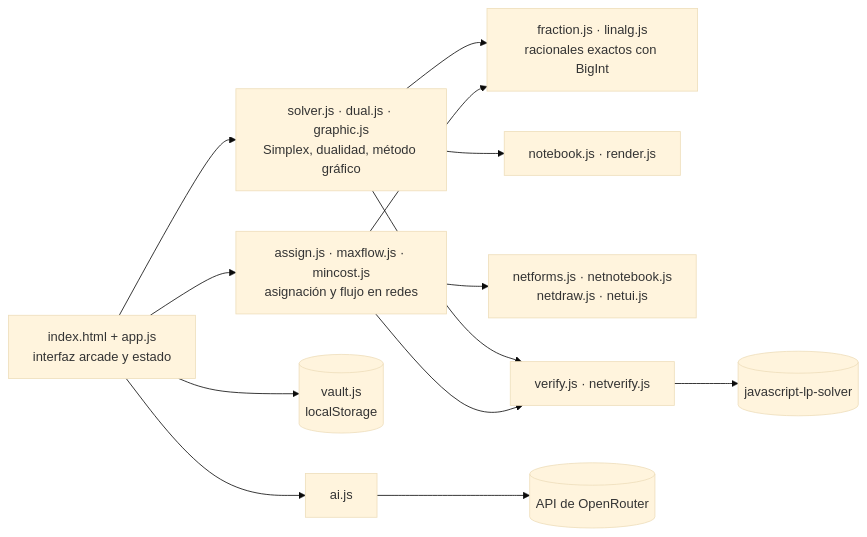
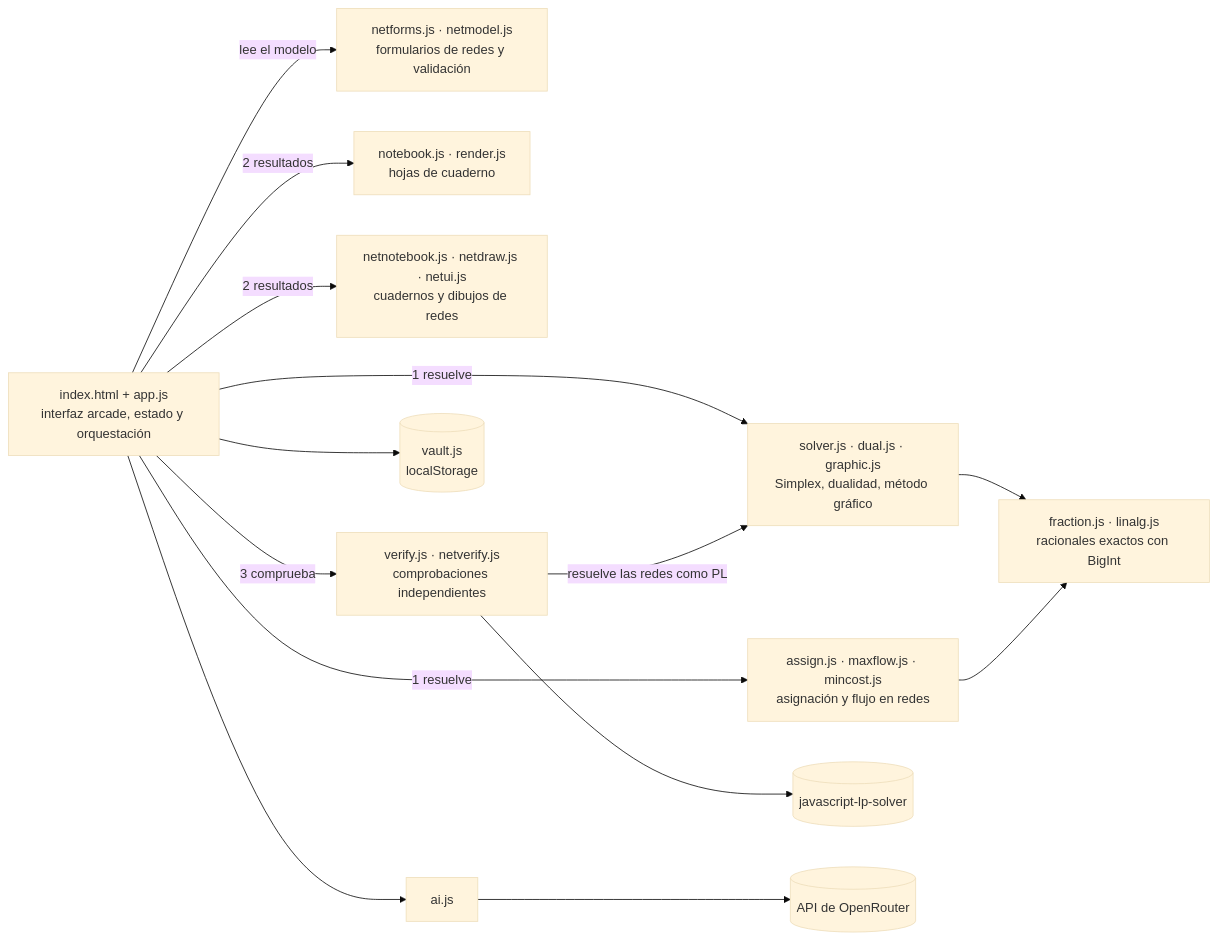
Before and after one commit to waldooCreator/CLC: the diagram in README.es.md, drawn with Mermaid (base theme). The commit also changed other lines of this file and 1 other file, not shown here.

Commit message:
docs: polished bilingual README with pixel-art header (review fixes)

````diff
--- a/README.es.md
+++ b/README.es.md
@@ -72,22 +73,29 @@
 ```mermaid
 flowchart LR
-  UI["index.html + app.js<br/>interfaz arcade y estado"]
+  UI["index.html + app.js<br/>interfaz arcade, estado y orquestación"]
+  FORMS["netforms.js · netmodel.js<br/>formularios de redes y validación"]
   LP["solver.js · dual.js · graphic.js<br/>Simplex, dualidad, método gráfico"]
   NET["assign.js · maxflow.js · mincost.js<br/>asignación y flujo en redes"]
   CORE["fraction.js · linalg.js<br/>racionales exactos con BigInt"]
-  NB["notebook.js · render.js"]
-  NNB["netforms.js · netnotebook.js<br/>netdraw.js · netui.js"]
-  VER["verify.js · netverify.js"]
+  NB["notebook.js · render.js<br/>hojas de cuaderno"]
+  NNB["netnotebook.js · netdraw.js · netui.js<br/>cuadernos y dibujos de redes"]
+  VER["verify.js · netverify.js<br/>comprobaciones independientes"]
   LIB[("javascript-lp-solver")]
   VAULT[("vault.js<br/>localStorage")]
-  AI["ai.js"] --> OR[("API de OpenRouter")]
+  AI["ai.js"]
+  OR[("API de OpenRouter")]
 
-  UI --> LP & NET
-  LP & NET --> CORE
-  LP --> NB
-  NET --> NNB
-  LP & NET --> VER
+  UI -->|lee el modelo| FORMS
+  UI -->|1 resuelve| LP
+  UI -->|1 resuelve| NET
+  UI -->|2 resultados| NB
+  UI -->|2 resultados| NNB
+  UI -->|3 comprueba| VER
+  LP --> CORE
+  NET --> CORE
+  VER -->|resuelve las redes como PL| LP
   VER --> LIB
   UI --> VAULT
   UI --> AI
+  AI --> OR
 ```
````
